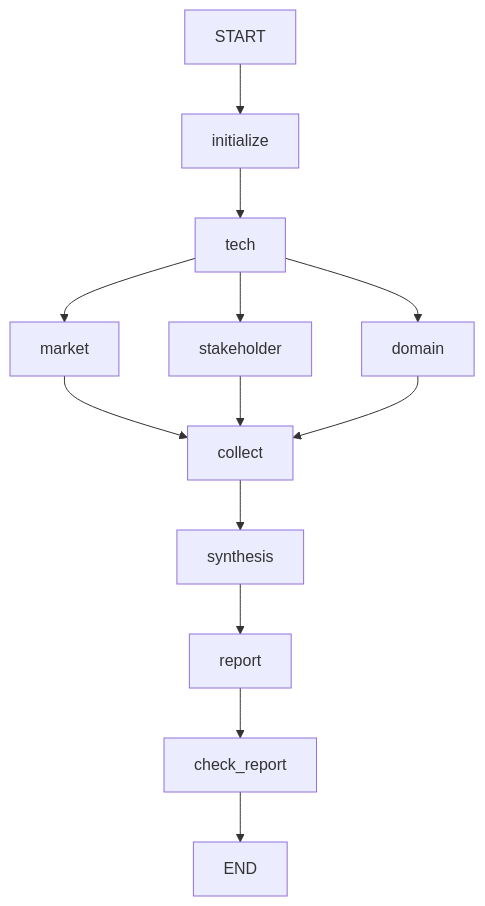
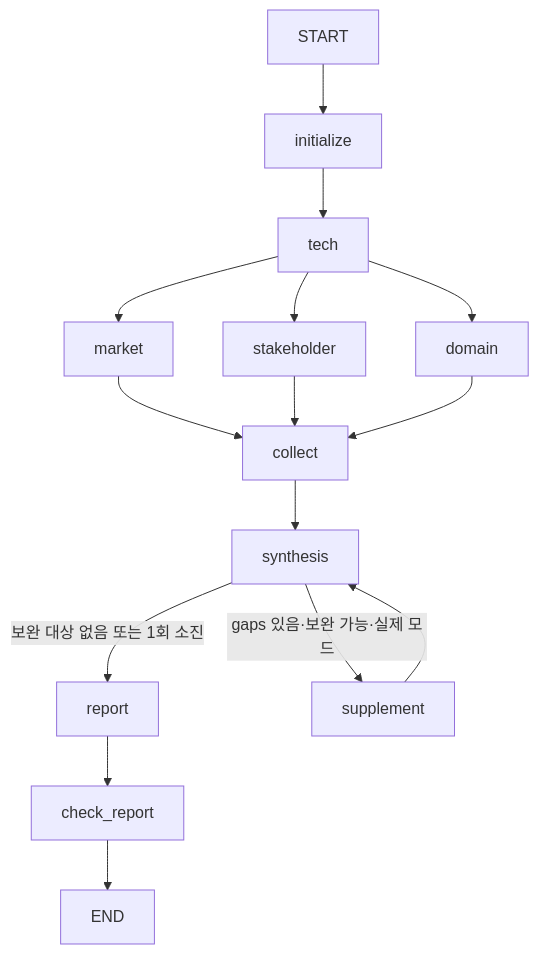
One commit to dh610/kv-cache-agentic-rag changed the diagram in README.md. Above: the diagram before and after it, drawn with Mermaid. The commit also changed 4 other files, not shown here.

````diff
--- a/README.md
+++ b/README.md
@@ -99,15 +99,17 @@
 ```mermaid
 flowchart TD
     START --> initialize
     initialize --> tech
     tech --> market
     tech --> stakeholder
     tech --> domain
     market --> collect
     stakeholder --> collect
     domain --> collect
     collect --> synthesis
-    synthesis --> report
+    synthesis -->|보완 대상 없음 또는 1회 소진| report
+    synthesis -->|gaps 있음·보완 가능·실제 모드| supplement
+    supplement --> synthesis
     report --> check_report
     check_report --> END
 ```
````
